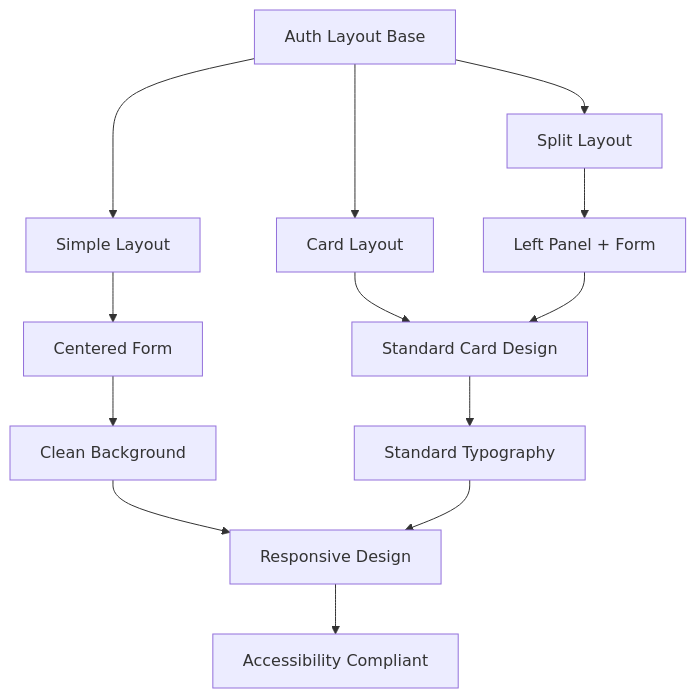
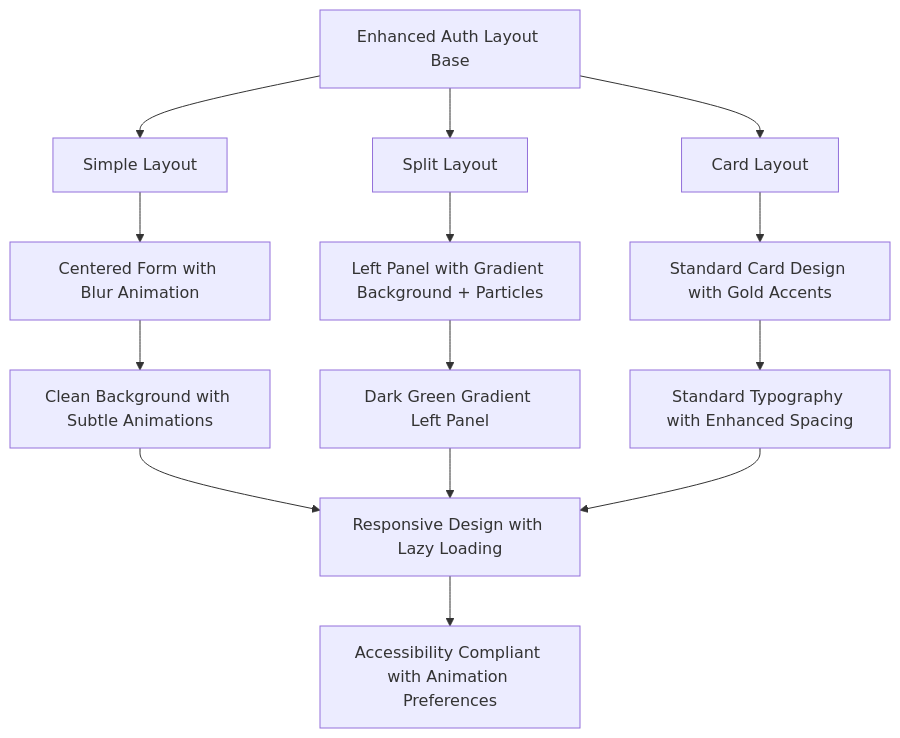
One commit to PA-Penajam/kepegawaian_apps changed the fifth of 6 diagrams in .qoder/repowiki/en/content/Frontend Architecture/UI_UX Refactor Design Document.md. Above: the diagram before and after it, drawn with Mermaid. The commit also changed other lines of this file and 13 other files, not shown here.

````diff
--- a/.qoder/repowiki/en/content/Frontend Architecture/UI_UX Refactor Design Document.md
+++ b/.qoder/repowiki/en/content/Frontend Architecture/UI_UX Refactor Design Document.md
@@ -269,15 +313,16 @@
 ```mermaid
 flowchart TD
-A[Auth Layout Base] --> B[Simple Layout]
+A[Enhanced Auth Layout Base] --> B[Simple Layout]
 A --> C[Split Layout]
 A --> D[Card Layout]
-B --> E[Centered Form]
-C --> F[Left Panel + Form]
-D --> G[Standard Card Design]
-E --> H[Clean Background]
-F --> G
-G --> I[Standard Typography]
-H --> J[Responsive Design]
-I --> J
-J --> K[Accessibility Compliant]
+B --> E[Centered Form with Blur Animation]
+C --> F[Left Panel with Gradient Background + Particles]
+D --> G[Standard Card Design with Gold Accents]
+E --> H[Clean Background with Subtle Animations]
+F --> I[Dark Green Gradient Left Panel]
+G --> J[Standard Typography with Enhanced Spacing]
+H --> K[Responsive Design with Lazy Loading]
+I --> K
+J --> K
+K --> L[Accessibility Compliant with Animation Preferences]
 ```
````
